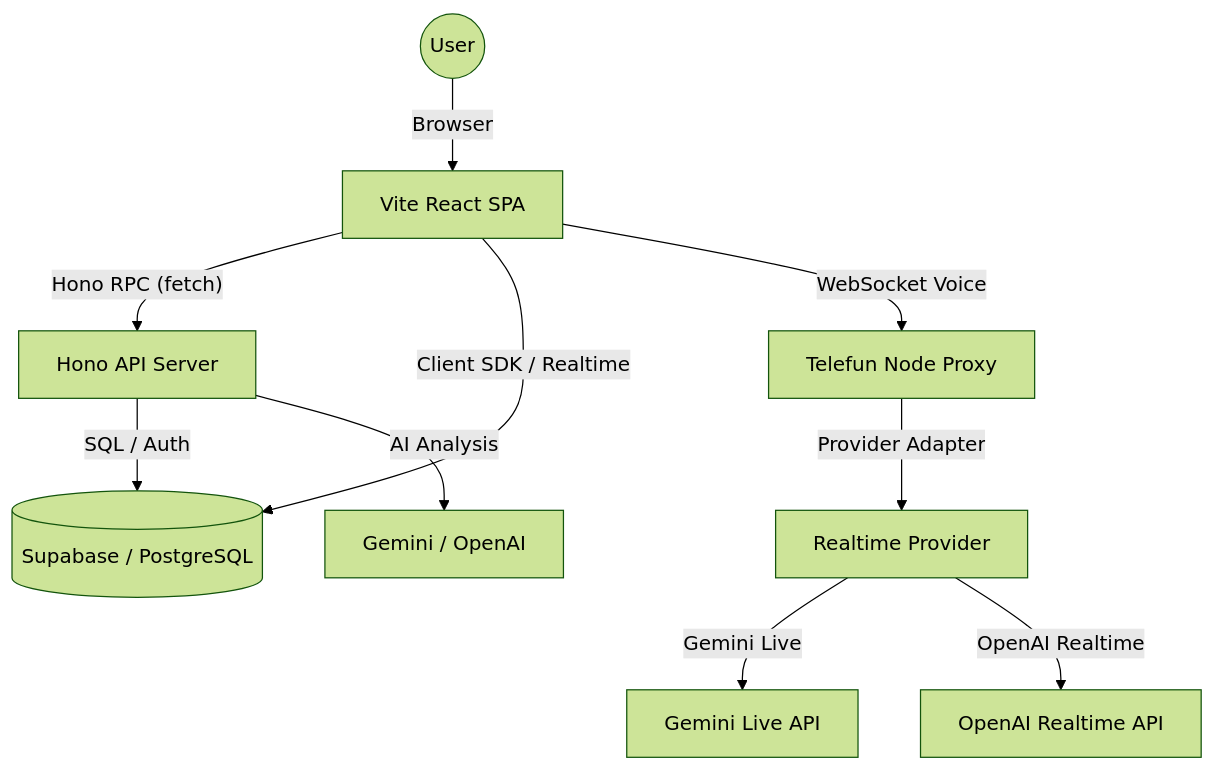
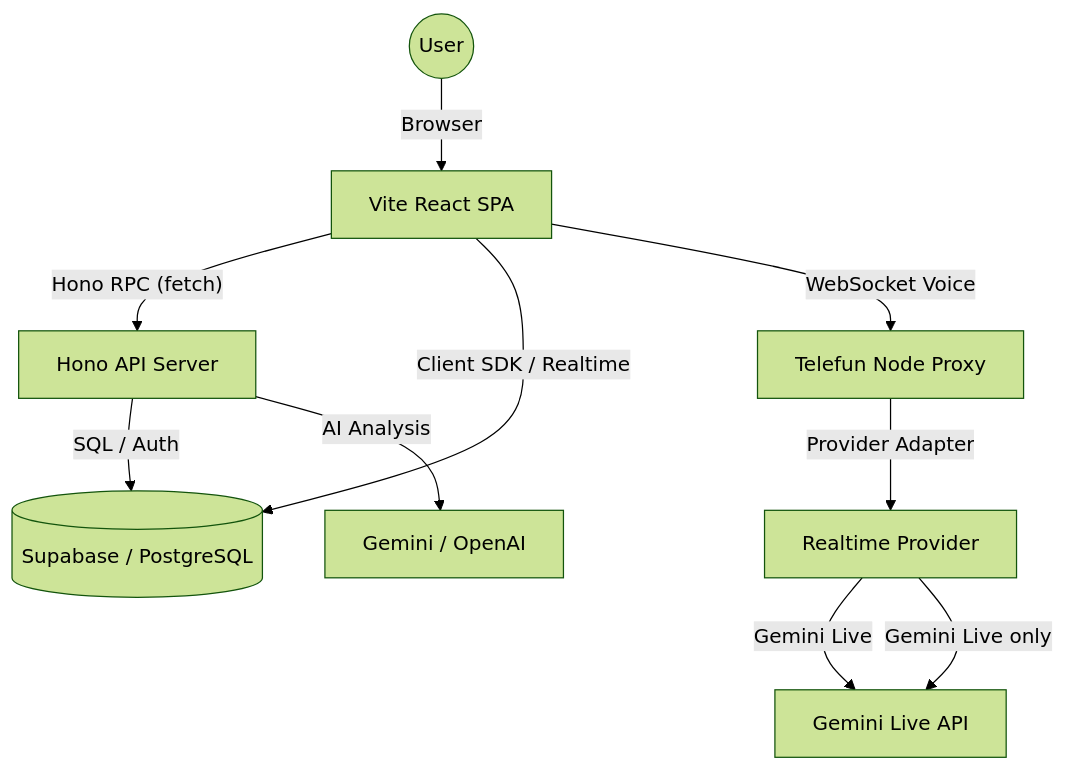
One commit to trainerkontakojk-gif/trainerssuperappvite changed the diagram in docs/architecture.md. Above: the diagram before and after it, drawn with Mermaid (forest theme). The commit also changed other lines of this file and 98 other files, not shown here.

First line of the commit message:
feat: implement historical OpenAI Realtime model handling and cleanup

````diff
--- a/docs/architecture.md
+++ b/docs/architecture.md
@@ -28,12 +30,12 @@
 ```mermaid
 graph TD
     User((User)) -->|Browser| ViteApp[Vite React SPA]
     ViteApp -->|"Hono RPC (fetch)"| HonoAPI[Hono API Server]
     HonoAPI -->|SQL / Auth| Supabase[(Supabase / PostgreSQL)]
     ViteApp -->|Client SDK / Realtime| Supabase
     ViteApp -->|WebSocket Voice| TelefunProxy[Telefun Node Proxy]
     TelefunProxy -->|Provider Adapter| RealtimeProvider[Realtime Provider]
     RealtimeProvider -->|Gemini Live| GeminiLive[Gemini Live API]
-    RealtimeProvider -->|OpenAI Realtime| OpenAIRealtime[OpenAI Realtime API]
+    RealtimeProvider -->|Gemini Live only| GeminiLive[Gemini Live API]
     HonoAPI -->|AI Analysis| AIProviders[Gemini / OpenAI]
 ```
````
